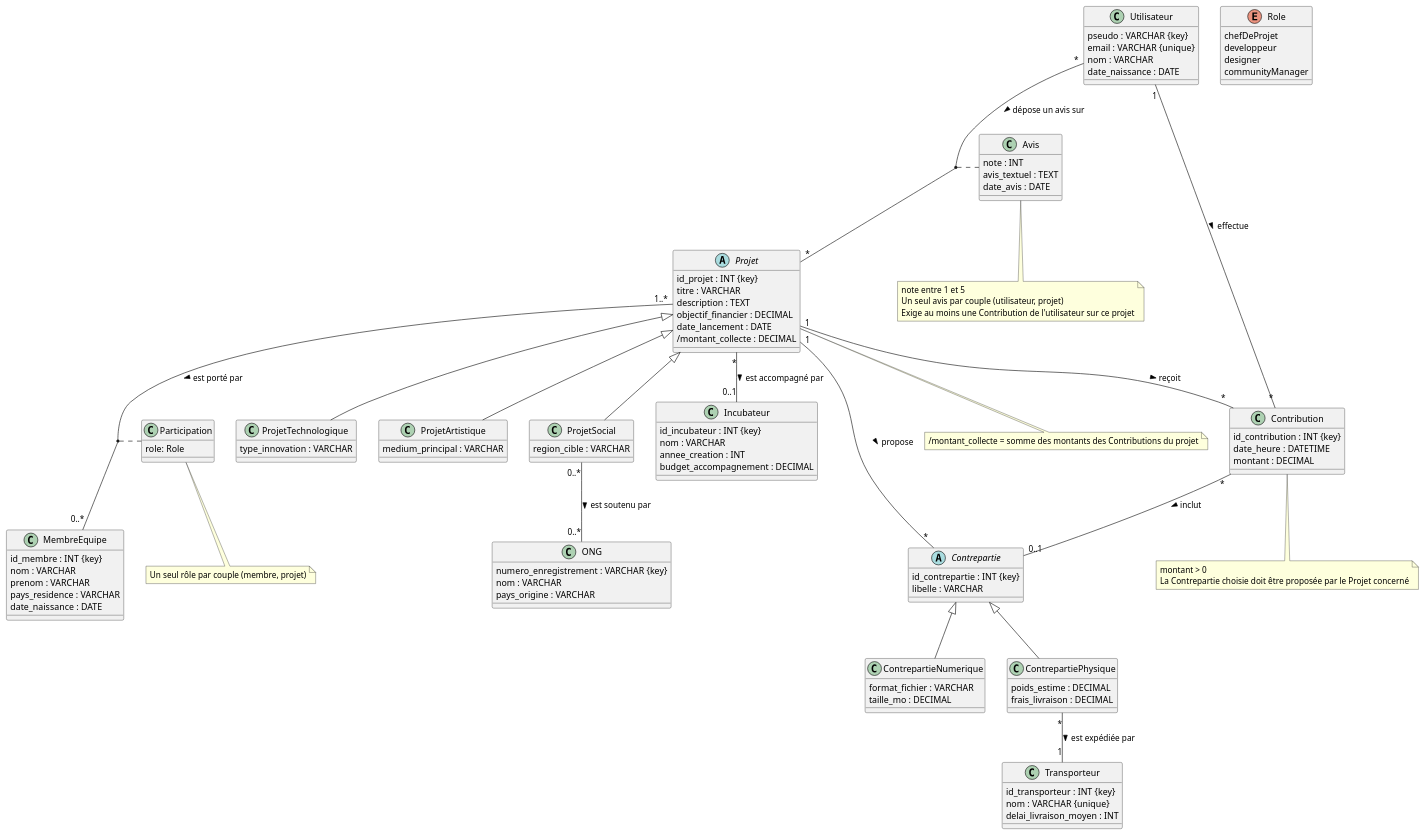
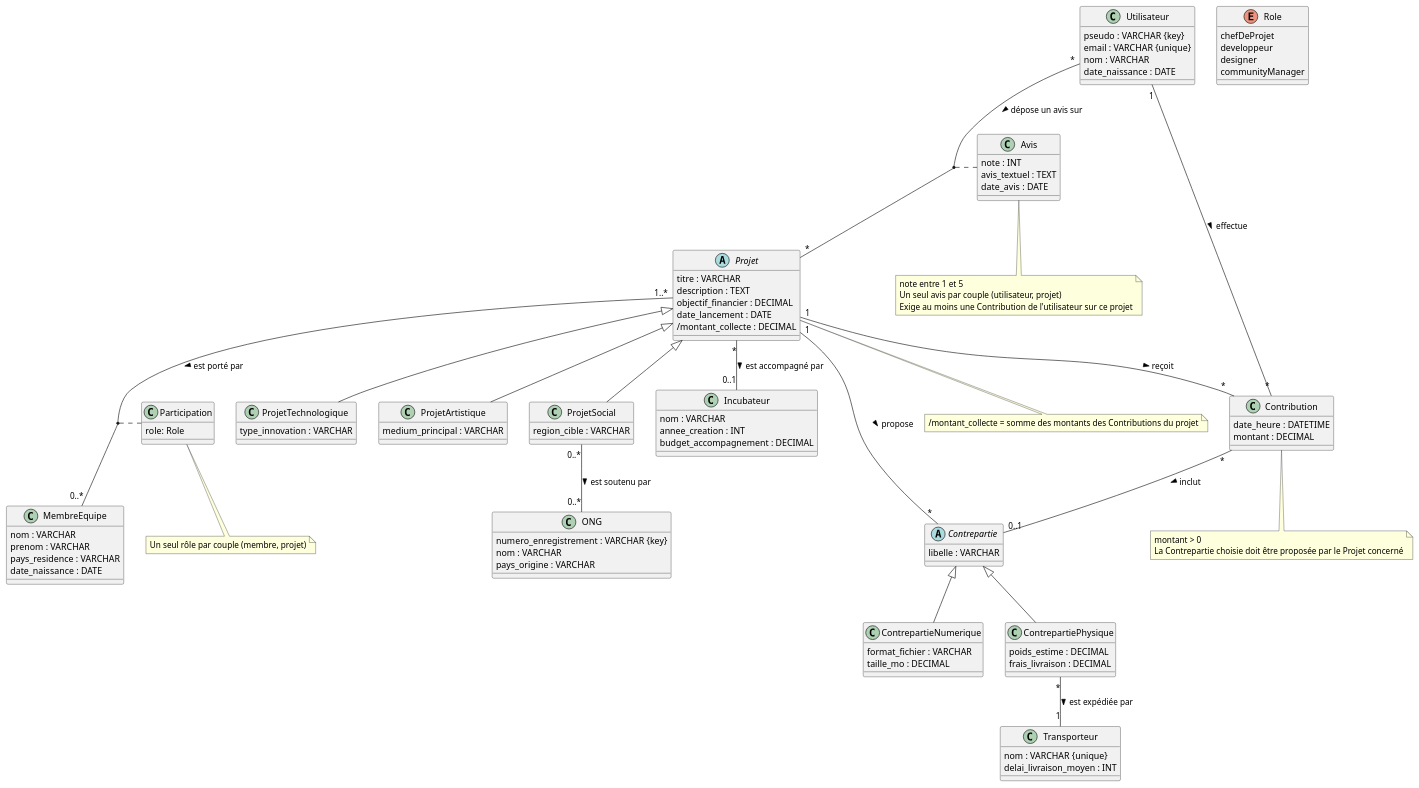
One commit to GrosJaco/nf18 changed the diagram in MCD/MCD v1/MCDv1.puml. Above: the diagram before and after it, drawn with PlantUML.

Commit message:
Replace MCDv2.puml

```diff
--- a/MCD/MCD v1/MCDv1.puml
+++ b/MCD/MCD v1/MCDv1.puml
@@ -1,118 +1,112 @@
 @startuml
 
 abstract class Projet {
-  id_projet : INT {key}
   titre : VARCHAR
   description : TEXT
   objectif_financier : DECIMAL
   date_lancement : DATE
   /montant_collecte : DECIMAL
 }
 class ProjetTechnologique {
   type_innovation : VARCHAR
 }
 class ProjetArtistique {
   medium_principal : VARCHAR
 }
 class ProjetSocial {
   region_cible : VARCHAR
 }
 Projet <|-- ProjetTechnologique
 Projet <|-- ProjetArtistique
 Projet <|-- ProjetSocial
 
 class Incubateur {
-  id_incubateur : INT {key}
   nom : VARCHAR
   annee_creation : INT
   budget_accompagnement : DECIMAL
 }
 class ONG {
   numero_enregistrement : VARCHAR {key}
   nom : VARCHAR
   pays_origine : VARCHAR
 }
 class MembreEquipe {
-  id_membre : INT {key}
   nom : VARCHAR
   prenom : VARCHAR
   pays_residence : VARCHAR
   date_naissance : DATE
 }
 enum Role {
   chefDeProjet
   developpeur
   designer
   communityManager
 }
 class Participation {
   role: Role
 }
 
 class Utilisateur {
   pseudo : VARCHAR {key}
   email : VARCHAR {unique}
   nom : VARCHAR
   date_naissance : DATE
 }
 class Contribution {
-  id_contribution : INT {key}
   date_heure : DATETIME
   montant : DECIMAL
 }
 class Avis {
   note : INT
   avis_textuel : TEXT
   date_avis : DATE
 }
 
 abstract class Contrepartie {
-  id_contrepartie : INT {key}
   libelle : VARCHAR
 }
 class ContrepartieNumerique {
   format_fichier : VARCHAR
   taille_mo : DECIMAL
 }
 class ContrepartiePhysique {
   poids_estime : DECIMAL
   frais_livraison : DECIMAL
 }
 class Transporteur {
-  id_transporteur : INT {key}
   nom : VARCHAR {unique}
   delai_livraison_moyen : INT
 }
 Contrepartie <|-- ContrepartieNumerique
 Contrepartie <|-- ContrepartiePhysique
 
 ' Associations
 Projet "*" -- "0..1" Incubateur : est accompagné par >
 Projet "1..*" -- "0..*" MembreEquipe : est porté par >
 (Projet, MembreEquipe) .. Participation
 ProjetSocial "0..*" -- "0..*" ONG : est soutenu par >
 Projet "1" -- "*" Contrepartie : propose >
 Projet "1" -- "*" Contribution : reçoit >
 Utilisateur "1" -- "*" Contribution : effectue >
 Contribution "*" -- "0..1" Contrepartie : inclut >
 ContrepartiePhysique "*" -- "1" Transporteur : est expédiée par >
 Utilisateur "*" -- "*" Projet : dépose un avis sur >
 (Utilisateur, Projet) .. Avis
 
 ' Contraintes
 note bottom of Projet
   /montant_collecte = somme des montants des Contributions du projet
 end note
 note bottom of Avis
   note entre 1 et 5
   Un seul avis par couple (utilisateur, projet)
   Exige au moins une Contribution de l'utilisateur sur ce projet
 end note
 note bottom of Contribution
   montant > 0
   La Contrepartie choisie doit être proposée par le Projet concerné
 end note
 note bottom of Participation
   Un seul rôle par couple (membre, projet)
 end note
 @enduml
```
